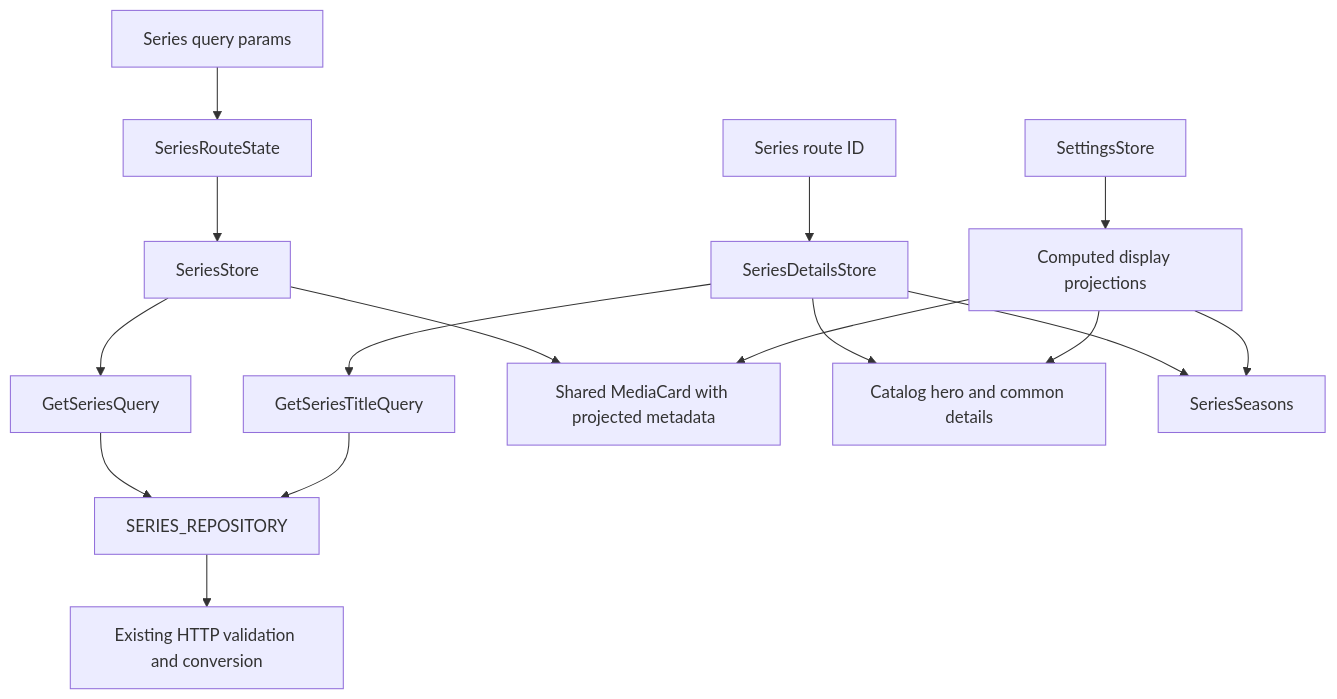
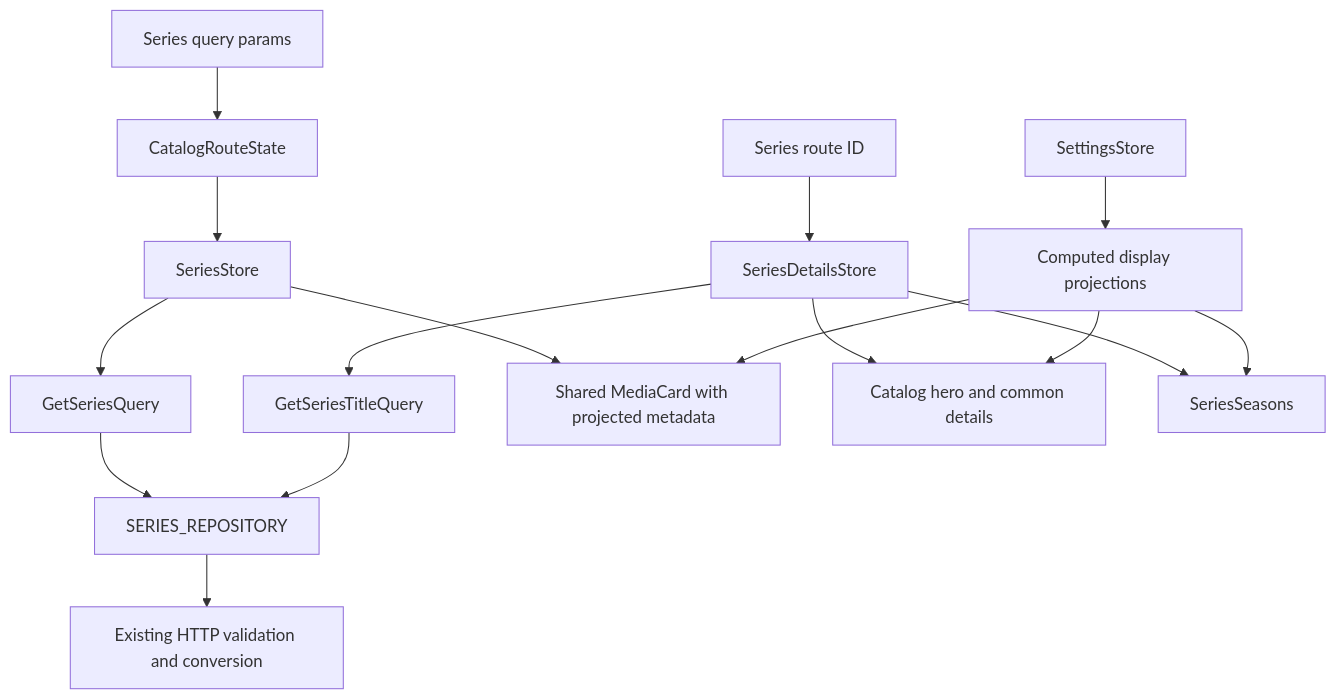
Before and after one commit to Zwezh/media-shelf: the diagram in lode/plans/series-viewing.md, drawn with Mermaid. The commit also changed other lines of this file and 112 other files, not shown here.

````diff
--- a/lode/plans/series-viewing.md
+++ b/lode/plans/series-viewing.md
@@ -50,18 +50,18 @@
 ```mermaid
 flowchart TD
-  URL[Series query params] --> Adapter[SeriesRouteState]
+  URL[Series query params] --> Adapter[CatalogRouteState]
   Adapter --> ListStore[SeriesStore]
   ListStore --> ListQuery[GetSeriesQuery]
   ID[Series route ID] --> DetailStore[SeriesDetailsStore]
   DetailStore --> DetailQuery[GetSeriesTitleQuery]
   ListQuery --> Repo[SERIES_REPOSITORY]
   DetailQuery --> Repo
   Repo --> Existing[Existing HTTP validation and conversion]
   ListStore --> Card[Shared MediaCard with projected metadata]
   DetailStore --> Hero[Catalog hero and common details]
   DetailStore --> Seasons[SeriesSeasons]
   Settings[SettingsStore] --> Projection[Computed display projections]
   Projection --> Card
   Projection --> Hero
   Projection --> Seasons
 ```
````
